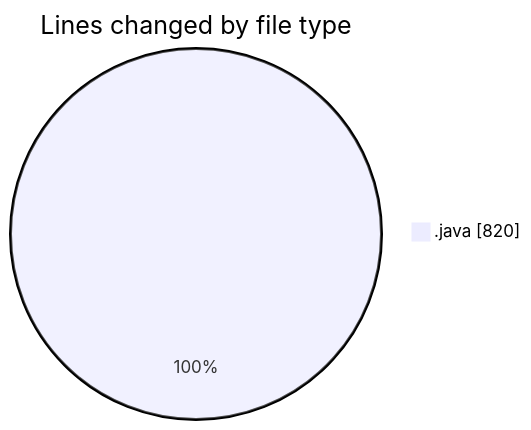
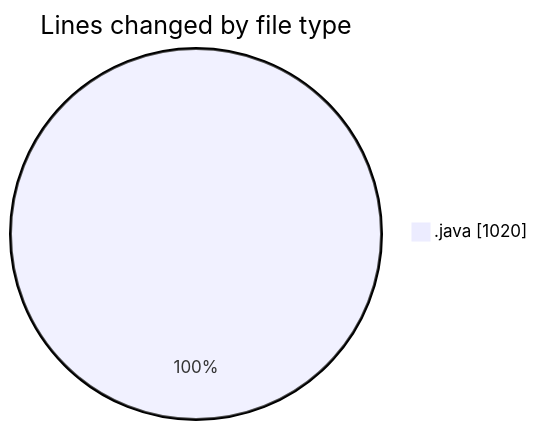
One commit to hasnaa123/code-tracking changed the first of 2 diagrams in 2025-12-25/java_basics/README.md. Above: the diagram before and after it, drawn with Mermaid. The commit also changed other lines of this file and 1 other file, not shown here.

````diff
--- a/2025-12-25/java_basics/README.md
+++ b/2025-12-25/java_basics/README.md
@@ -29,5 +30,5 @@
 ```mermaid
 pie showData
 title Lines changed by file type
-".java" : 820
+".java" : 1020
 ```
````
